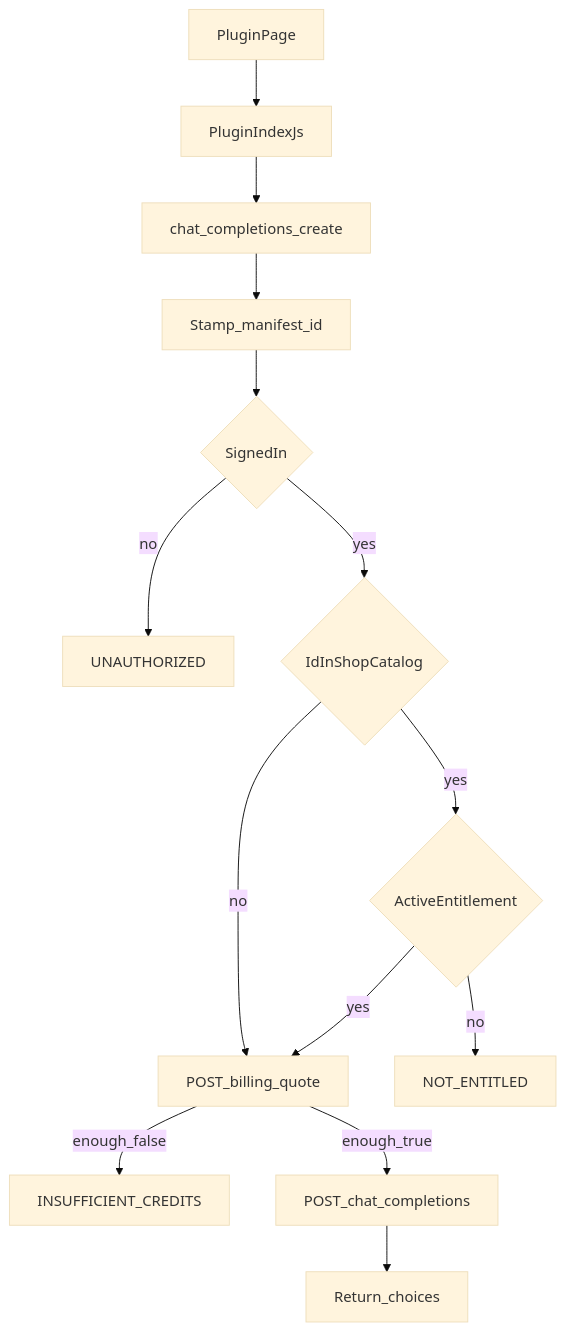
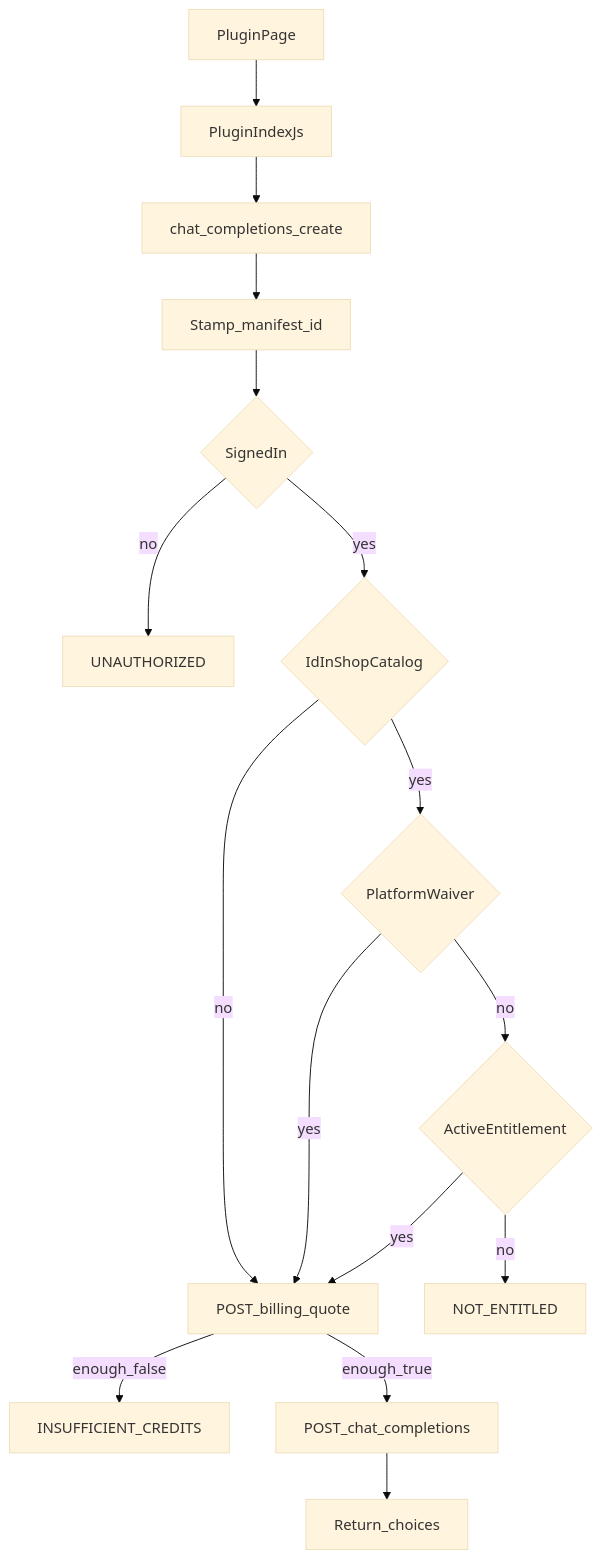
Before and after one commit to 0x00pluto/hy-evo-harness: the first of 3 diagrams in specs/prds/prd-00014-host-chat-egress.md, drawn with Mermaid (base theme). The commit also changed other lines of this file and 36 other files, not shown here.

````diff
--- a/specs/prds/prd-00014-host-chat-egress.md
+++ b/specs/prds/prd-00014-host-chat-egress.md
@@ -250,16 +250,18 @@
 ```mermaid
 flowchart TD
   page[PluginPage] --> backend[PluginIndexJs]
   backend --> createCall[chat_completions_create]
   createCall --> stamp[Stamp_manifest_id]
   stamp --> signed{SignedIn}
   signed -->|no| unauth[UNAUTHORIZED]
   signed -->|yes| shop{IdInShopCatalog}
   shop -->|no| quote[POST_billing_quote]
-  shop -->|yes| owned{ActiveEntitlement}
+  shop -->|yes| waived{PlatformWaiver}
+  waived -->|yes| quote
+  waived -->|no| owned{ActiveEntitlement}
   owned -->|no| denied[NOT_ENTITLED]
   owned -->|yes| quote
   quote -->|enough_false| poor[INSUFFICIENT_CREDITS]
   quote -->|enough_true| chat[POST_chat_completions]
   chat --> choices[Return_choices]
 ```
````
